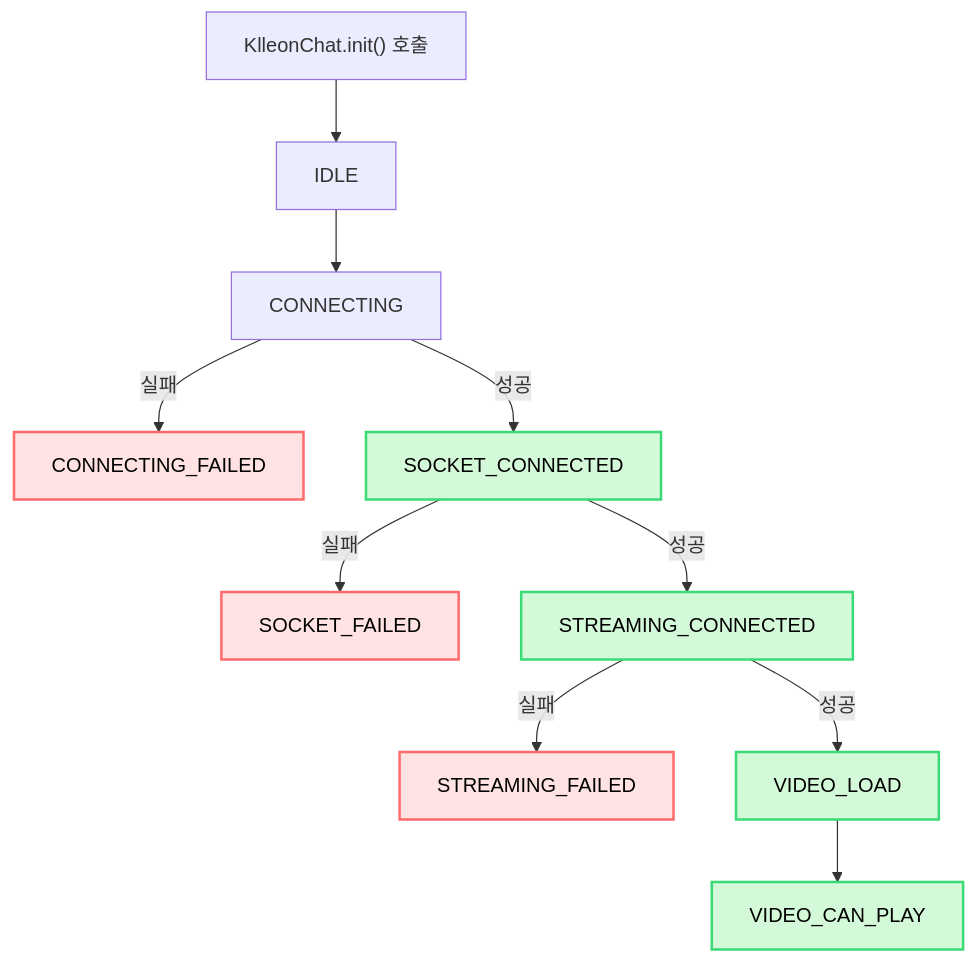
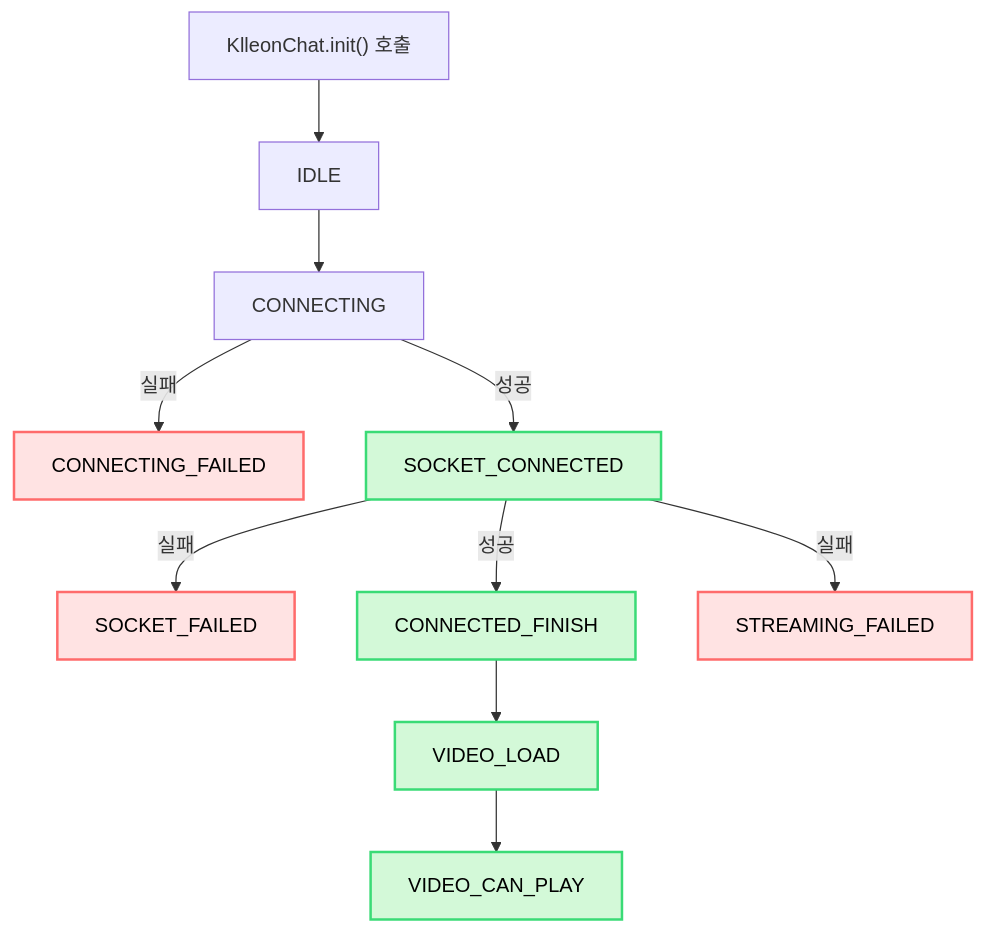
The third of 4 diagrams in i18n/ko/docusaurus-plugin-content-docs/current/03-usage/03-sdk-event.mdx (klleon/web-sdk-docs), drawn with Mermaid before and after one commit. The commit also changed other lines of this file and 116 other files, not shown here.

````diff
--- a/i18n/ko/docusaurus-plugin-content-docs/current/03-usage/03-sdk-event.mdx
+++ b/i18n/ko/docusaurus-plugin-content-docs/current/03-usage/03-sdk-event.mdx
@@ -164,19 +164,19 @@
 ```mermaid
 flowchart TD
     INIT["KlleonChat.init() 호출"] --> A[IDLE]
     A --> B[CONNECTING]
     B -->|실패| C[CONNECTING_FAILED]
     B -->|성공| D[SOCKET_CONNECTED]
     D -->|실패| I[SOCKET_FAILED]
-    D -->|성공| E[STREAMING_CONNECTED]
-    E -->|실패| J[STREAMING_FAILED]
-    E -->|성공| F[VIDEO_LOAD]
+    D -->|성공| H[CONNECTED_FINISH]
+    D -->|실패| J[STREAMING_FAILED]
+    H --> F[VIDEO_LOAD]
     F --> G[VIDEO_CAN_PLAY]
 
     %% 스타일 지정
     classDef success fill:#d3f9d8,stroke:#3adb76,stroke-width:2px,color:#000;
     classDef failure fill:#ffe3e3,stroke:#ff6b6b,stroke-width:2px,color:#000;
 
-    class D,E,F,G success;
+    class D,H,F,G success;
     class C,I,J failure;
 ```
````
